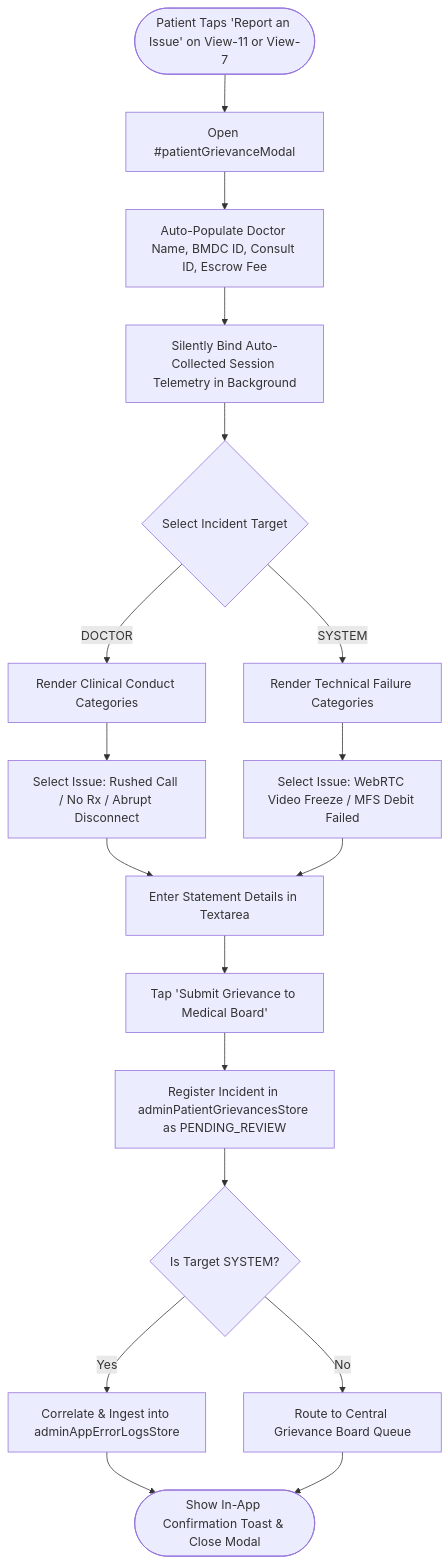
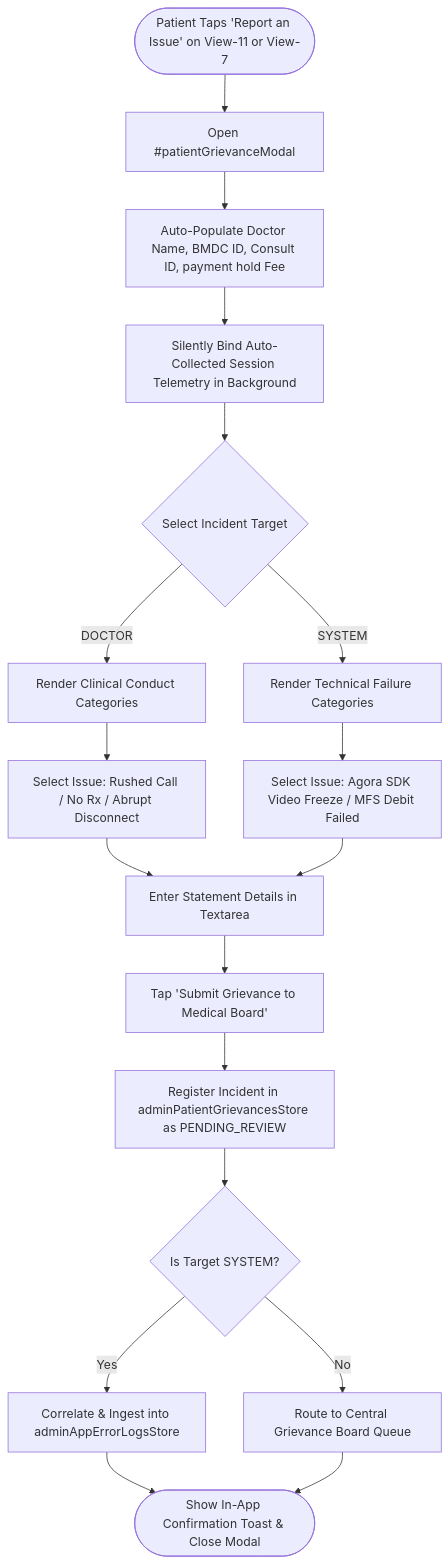
Before and after one commit to MeherabHS/hellodoctor: the fifth of 9 diagrams in docs/USER_FLOWS.md, drawn with Mermaid. The commit also changed other lines of this file and 42 other files, not shown here.

````diff
--- a/docs/USER_FLOWS.md
+++ b/docs/USER_FLOWS.md
@@ -119,18 +119,18 @@
 ```mermaid
 flowchart TD
     START([Patient Taps 'Report an Issue' on View-11 or View-7]) --> A[Open #patientGrievanceModal]
-    A --> B[Auto-Populate Doctor Name, BMDC ID, Consult ID, Escrow Fee]
+    A --> B[Auto-Populate Doctor Name, BMDC ID, Consult ID, payment hold Fee]
     B --> C[Silently Bind Auto-Collected Session Telemetry in Background]
     C --> D{Select Incident Target}
     D -- DOCTOR --> E[Render Clinical Conduct Categories]
     D -- SYSTEM --> F[Render Technical Failure Categories]
     E --> G[Select Issue: Rushed Call / No Rx / Abrupt Disconnect]
-    F --> H[Select Issue: WebRTC Video Freeze / MFS Debit Failed]
+    F --> H[Select Issue: Agora SDK Video Freeze / MFS Debit Failed]
     G & H --> I[Enter Statement Details in Textarea]
     I --> J[Tap 'Submit Grievance to Medical Board']
     J --> K[Register Incident in adminPatientGrievancesStore as PENDING_REVIEW]
     K --> L{Is Target SYSTEM?}
     L -- Yes --> M[Correlate & Ingest into adminAppErrorLogsStore]
     L -- No --> N[Route to Central Grievance Board Queue]
     M & N --> RESULT([Show In-App Confirmation Toast & Close Modal])
 ```
````
